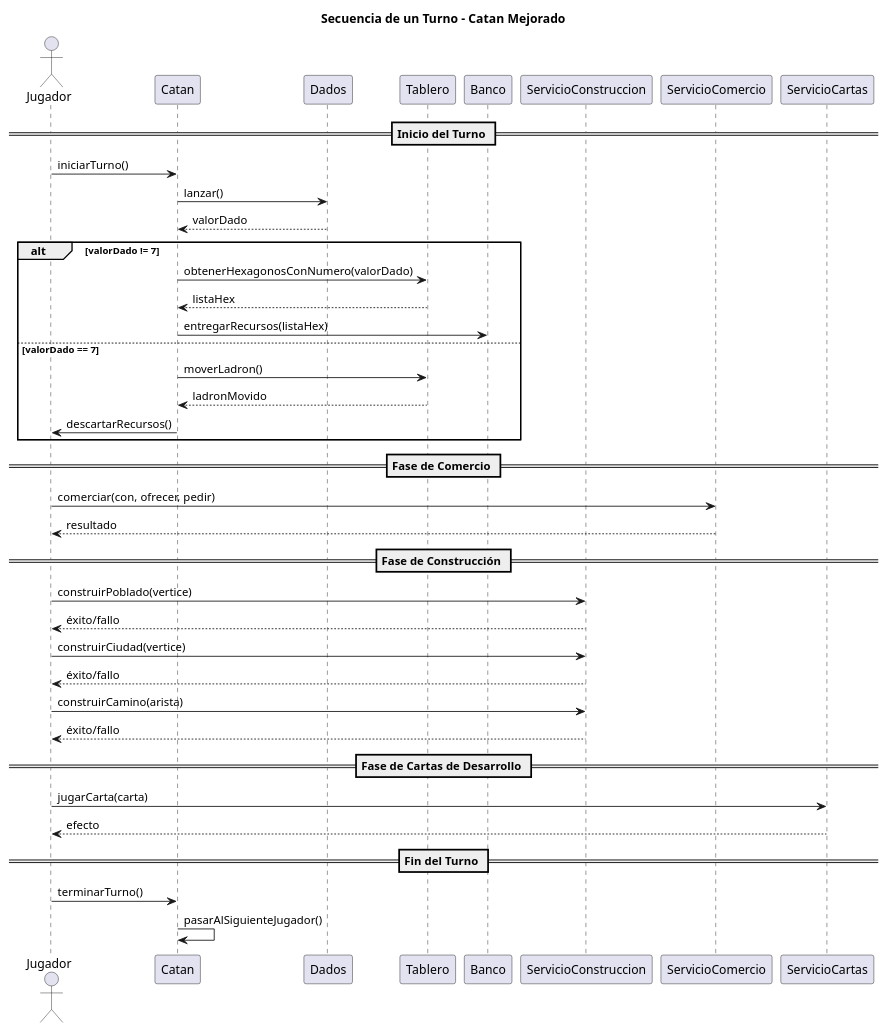
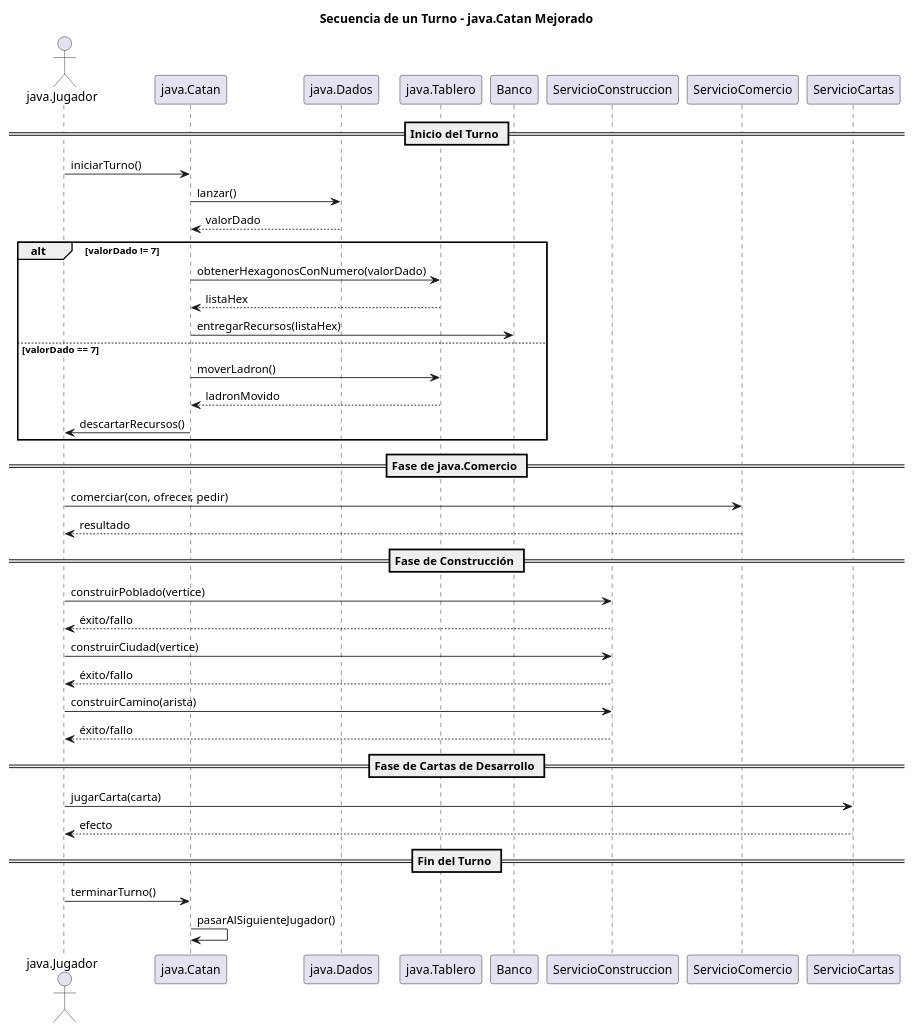
One commit to FGazcon/TP2_Paradigmas_2025_2C changed the diagram in diagramas/daiaid.puml. Above: the diagram before and after it, drawn with PlantUML. The commit also changed 321 other files, not shown here.

```diff
--- a/diagramas/daiaid.puml
+++ b/diagramas/daiaid.puml
@@ -1,47 +1,47 @@
 @startuml
-title Secuencia de un Turno - Catan Mejorado
+title Secuencia de un Turno - java.Catan Mejorado
 
-actor Jugador
-participant "Catan" as C
-participant "Dados" as D
-participant "Tablero" as T
+actor java.Jugador
+participant "java.Catan" as C
+participant "java.Dados" as D
+participant "java.Tablero" as T
 participant "Banco" as B
 participant "ServicioConstruccion" as SC
 participant "ServicioComercio" as SCom
 participant "ServicioCartas" as SCar
 
 == Inicio del Turno ==
-Jugador -> C : iniciarTurno()
+java.Jugador -> C : iniciarTurno()
 C -> D : lanzar()
 D --> C : valorDado
 
 alt valorDado != 7
     C -> T : obtenerHexagonosConNumero(valorDado)
     T --> C : listaHex
     C -> B : entregarRecursos(listaHex)
 else valorDado == 7
     C -> T : moverLadron()
     T --> C : ladronMovido
-    C -> Jugador : descartarRecursos()
+    C -> java.Jugador : descartarRecursos()
 end
 
-== Fase de Comercio ==
-Jugador -> SCom : comerciar(con, ofrecer, pedir)
-SCom --> Jugador : resultado
+== Fase de java.Comercio ==
+java.Jugador -> SCom : comerciar(con, ofrecer, pedir)
+SCom --> java.Jugador : resultado
 
 == Fase de Construcción ==
-Jugador -> SC : construirPoblado(vertice)
-SC --> Jugador : éxito/fallo
-Jugador -> SC : construirCiudad(vertice)
-SC --> Jugador : éxito/fallo
-Jugador -> SC : construirCamino(arista)
-SC --> Jugador : éxito/fallo
+java.Jugador -> SC : construirPoblado(vertice)
+SC --> java.Jugador : éxito/fallo
+java.Jugador -> SC : construirCiudad(vertice)
+SC --> java.Jugador : éxito/fallo
+java.Jugador -> SC : construirCamino(arista)
+SC --> java.Jugador : éxito/fallo
 
 == Fase de Cartas de Desarrollo ==
-Jugador -> SCar : jugarCarta(carta)
-SCar --> Jugador : efecto
+java.Jugador -> SCar : jugarCarta(carta)
+SCar --> java.Jugador : efecto
 
 == Fin del Turno ==
-Jugador -> C : terminarTurno()
+java.Jugador -> C : terminarTurno()
 C -> C : pasarAlSiguienteJugador()
 @enduml
```
